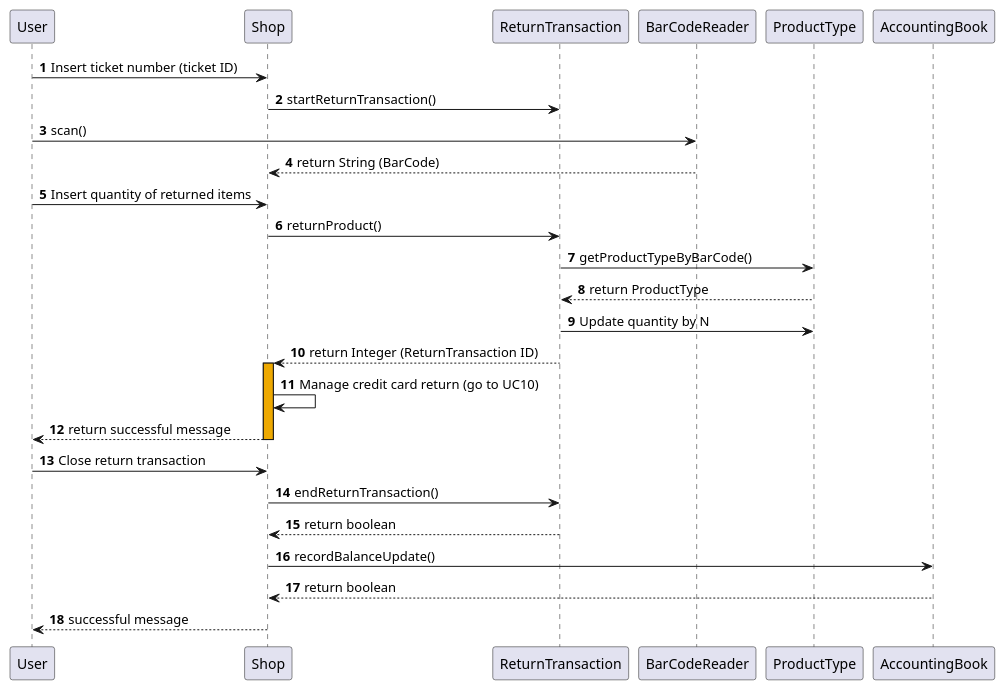
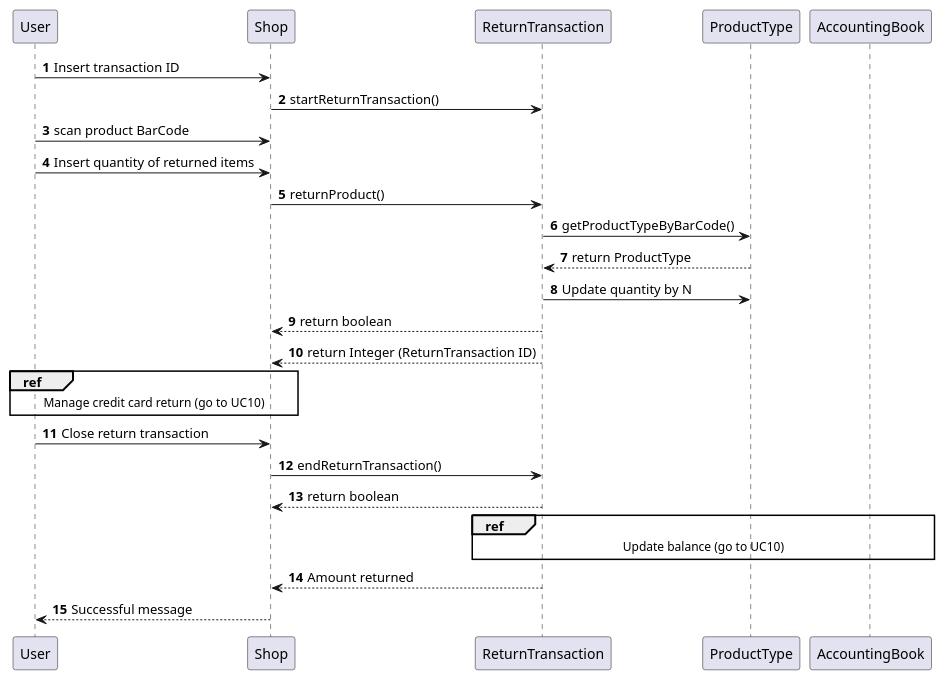
One commit to Stormz4/group20-EzShop changed diagram 17 of 21 in Deliverables/DesignDocument.md. Above: the diagram before and after it, drawn with PlantUML. The commit also changed other lines of this file, not shown here.

````diff
--- a/Deliverables/DesignDocument.md
+++ b/Deliverables/DesignDocument.md
@@ -573,25 +563,28 @@
 ```plantuml
 @startuml
 autonumber
-User -> Shop: Insert ticket number (ticket ID)
+User -> Shop: Insert transaction ID
 Shop -> ReturnTransaction: startReturnTransaction()
-User -> BarCodeReader: scan()
-BarCodeReader --> Shop: return String (BarCode)
+User -> Shop: scan product BarCode
 User -> Shop: Insert quantity of returned items
 Shop -> ReturnTransaction: returnProduct()
 ReturnTransaction -> ProductType: getProductTypeByBarCode()
 ProductType --> ReturnTransaction: return ProductType
 ReturnTransaction -> ProductType: Update quantity by N
+ReturnTransaction --> Shop: return boolean
 ReturnTransaction --> Shop: return Integer (ReturnTransaction ID)
-activate Shop #EEA900
-Shop -> Shop: Manage credit card return (go to UC10)
-Shop --> User: return successful message
-deactivate Shop
+ref over Shop, User
+Manage credit card return (go to UC10)
+end ref
 User -> Shop: Close return transaction
 Shop -> ReturnTransaction: endReturnTransaction()
 ReturnTransaction --> Shop: return boolean
-Shop -> AccountingBook: recordBalanceUpdate()
-AccountingBook --> Shop: return boolean
-Shop --> User: successful message 
+
+ref over ReturnTransaction, AccountingBook
+Update balance (go to UC10)
+end ref
+
+ReturnTransaction --> Shop: Amount returned
+Shop --> User: Successful message
 @enduml
 ```
````
